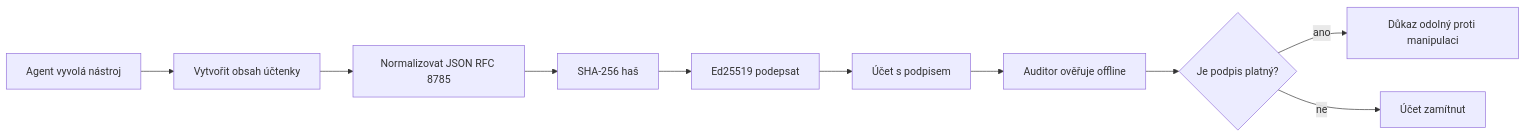
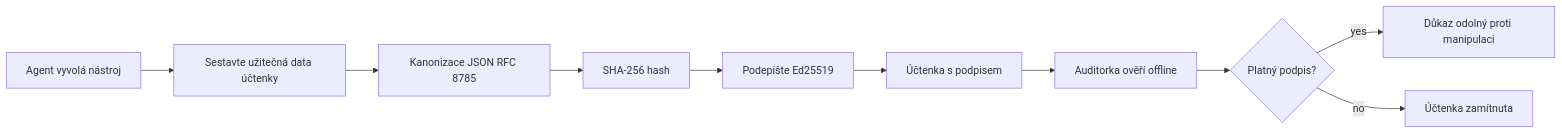
The first of 2 diagrams in mirrors/repos/microsoft@ai-agents-for-beginners/translations/cs/18-securing-ai-agents/README.md (gabrielmoreira/agent-skills-mirror), drawn with Mermaid before and after one commit. The commit also changed other lines of this file and 8886 other files, not shown here.

````diff
--- a/mirrors/repos/microsoft@ai-agents-for-beginners/translations/cs/18-securing-ai-agents/README.md
+++ b/mirrors/repos/microsoft@ai-agents-for-beginners/translations/cs/18-securing-ai-agents/README.md
@@ -51,12 +51,12 @@
 ```mermaid
 flowchart LR
-    A[Agent vyvolá nástroj] --> B[Vytvořit obsah účtenky]
-    B --> C[Normalizovat JSON RFC 8785]
-    C --> D[SHA-256 haš]
-    D --> E[Ed25519 podepsat]
-    E --> F[Účet s podpisem]
-    F --> G[Auditor ověřuje offline]
-    G --> H{Je podpis platný?}
-    H -- ano --> I[Důkaz odolný proti manipulaci]
-    H -- ne --> J[Účet zamítnut]
+    A[Agent vyvolá nástroj] --> B[Sestavte užitečná data účtenky]
+    B --> C[Kanonizace JSON RFC 8785]
+    C --> D[SHA-256 hash]
+    D --> E[Podepište Ed25519]
+    E --> F[Účtenka s podpisem]
+    F --> G[Auditorka ověří offline]
+    G --> H{Platný podpis?}
+    H -- yes --> I[Důkaz odolný proti manipulaci]
+    H -- no --> J[Účtenka zamítnuta]
 ```
````
